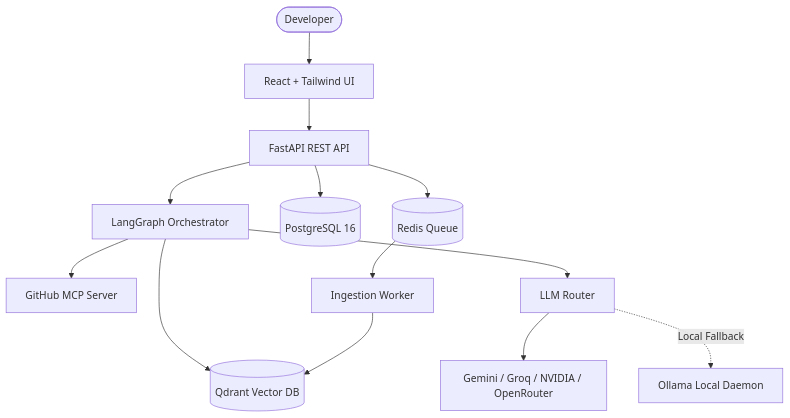
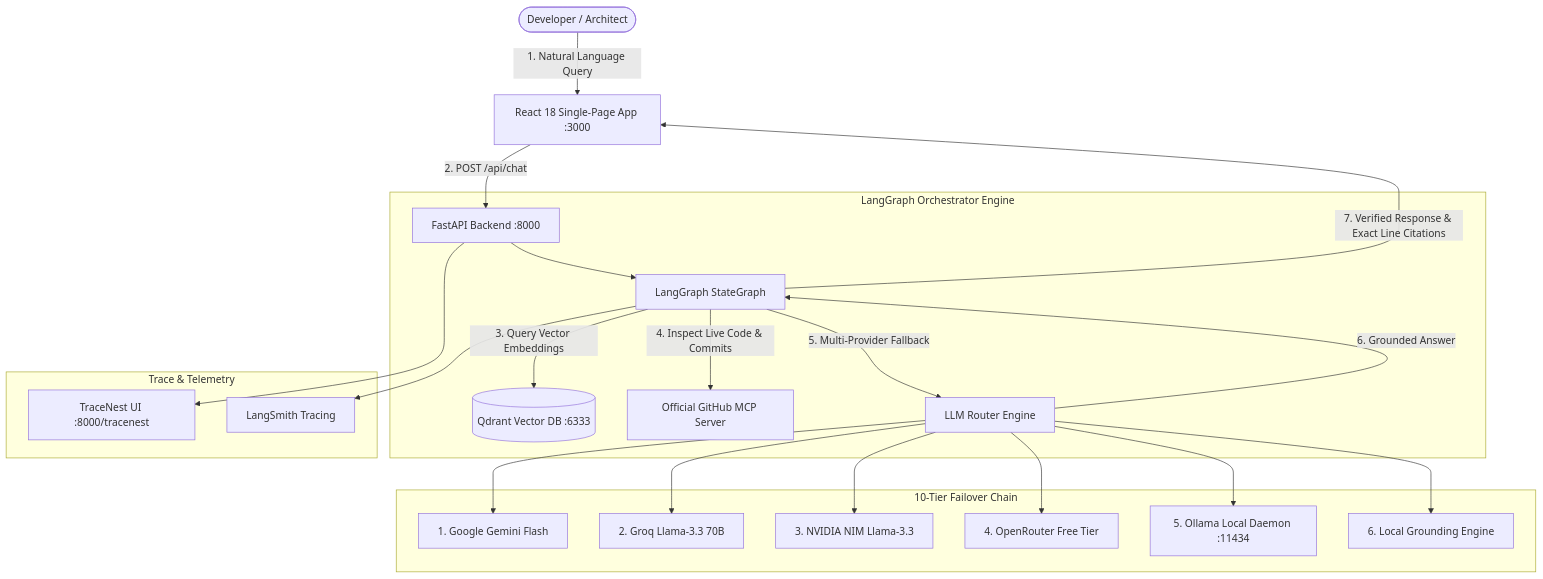
One commit to vishwajitvm/RepoMind changed the diagram in README.md. Above: the diagram before and after it, drawn with Mermaid. The commit also changed other lines of this file and 28 other files, not shown here.

````diff
--- a/README.md
+++ b/README.md
@@ -43,15 +24,29 @@
 ```mermaid
 flowchart TD
-    User([Developer]) --> ReactUI[React + Tailwind UI]
-    ReactUI --> FastAPI[FastAPI REST API]
-    FastAPI --> LangGraph[LangGraph Orchestrator]
-    LangGraph --> Qdrant[(Qdrant Vector DB)]
-    LangGraph --> GitHubMCP[GitHub MCP Server]
-    LangGraph --> LLMRouter[LLM Router]
-    LLMRouter --> Providers[Gemini / Groq / NVIDIA / OpenRouter]
-    LLMRouter -.->|Local Fallback| Ollama[Ollama Local Daemon]
-    FastAPI --> Postgres[(PostgreSQL 16)]
-    FastAPI --> Redis[(Redis Queue)]
-    Redis --> Worker[Ingestion Worker]
-    Worker --> Qdrant
+    User([Developer / Architect]) -->|1. Natural Language Query| UI[React 18 Single-Page App :3000]
+    UI -->|2. POST /api/chat| API[FastAPI Backend :8000]
+    
+    subgraph Core [LangGraph Orchestrator Engine]
+        API --> Graph[LangGraph StateGraph]
+        Graph -->|3. Query Vector Embeddings| Qdrant[(Qdrant Vector DB :6333)]
+        Graph -->|4. Inspect Live Code & Commits| GitHubMCP[Official GitHub MCP Server]
+        Graph -->|5. Multi-Provider Fallback| LLMRouter[LLM Router Engine]
+    end
+
+    subgraph Providers [10-Tier Failover Chain]
+        LLMRouter --> Gemini[1. Google Gemini Flash]
+        LLMRouter --> Groq[2. Groq Llama-3.3 70B]
+        LLMRouter --> Nvidia[3. NVIDIA NIM Llama-3.3]
+        LLMRouter --> OpenRouter[4. OpenRouter Free Tier]
+        LLMRouter --> Ollama[5. Ollama Local Daemon :11434]
+        LLMRouter --> LocalEngine[6. Local Grounding Engine]
+    end
+
+    subgraph Observability [Trace & Telemetry]
+        API --> TraceNest[TraceNest UI :8000/tracenest]
+        Graph --> LangSmith[LangSmith Tracing]
+    end
+
+    LLMRouter -->|6. Grounded Answer| Graph
+    Graph -->|7. Verified Response & Exact Line Citations| UI
 ```
````
